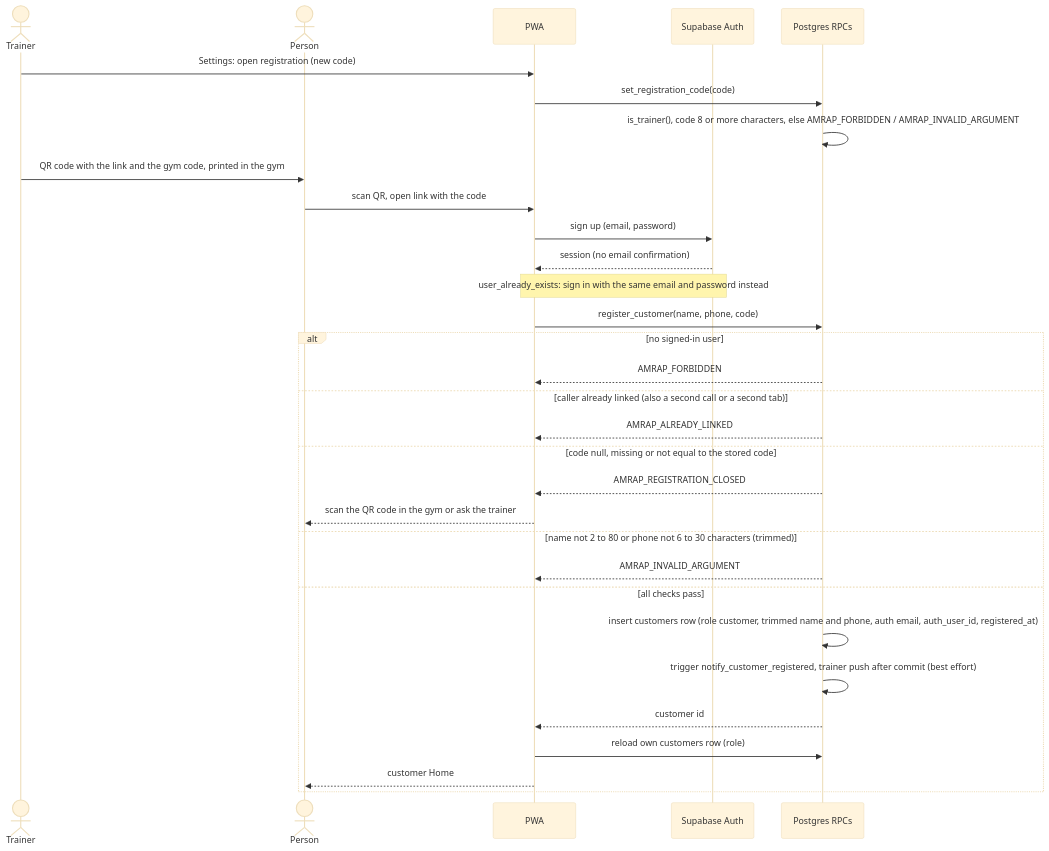
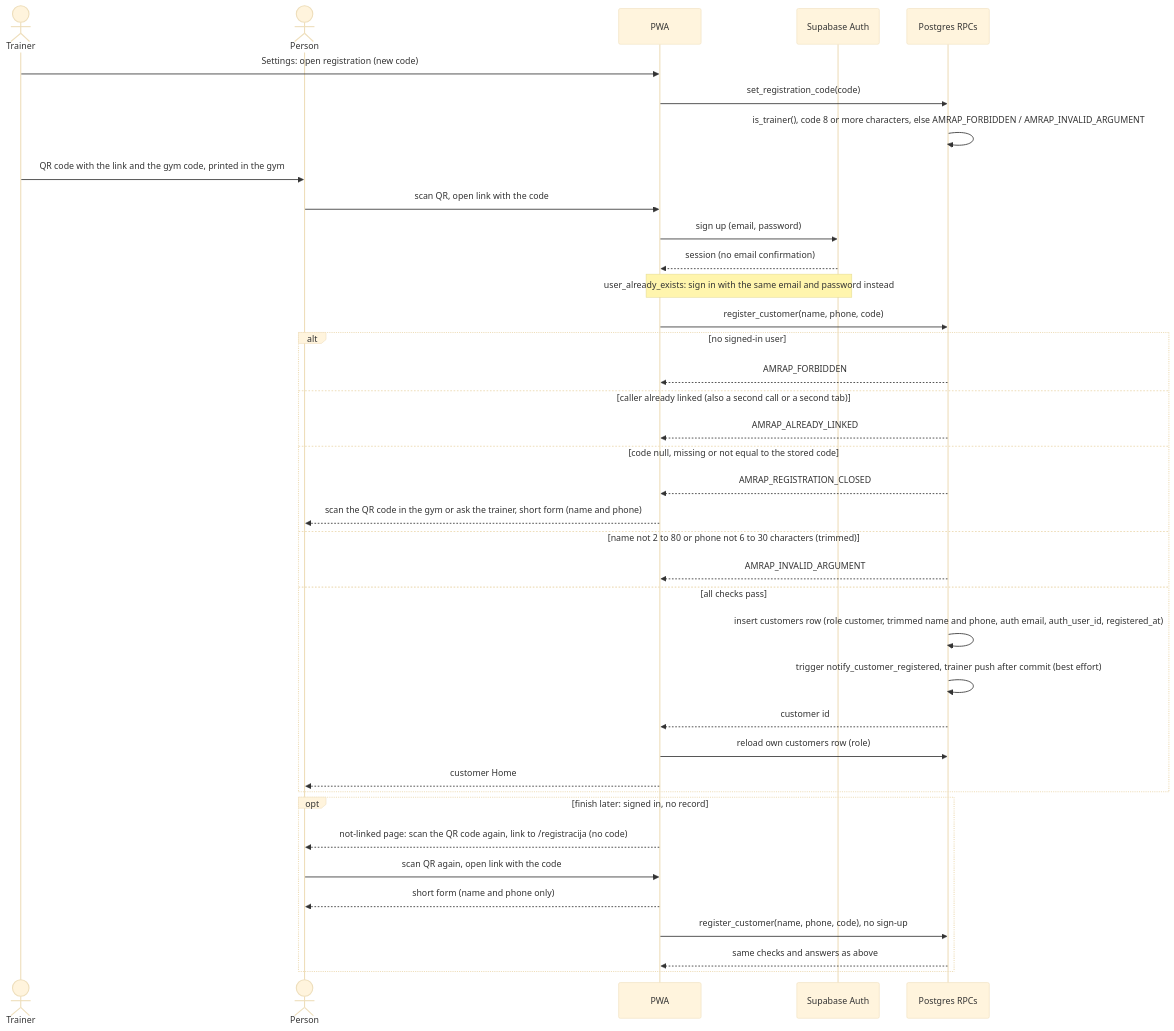
One commit to JasaGlazar/amrap changed the second of 2 diagrams in docs/architecture/auth-invite-flow.md. Above: the diagram before and after it, drawn with Mermaid (base theme). The commit also changed other lines of this file and 1 other file, not shown here.

First line of the commit message:
fix: show how a registration is finished and pin the form checks

````diff
--- a/docs/architecture/auth-invite-flow.md
+++ b/docs/architecture/auth-invite-flow.md
@@ -100,34 +108,41 @@
 ```mermaid
 sequenceDiagram
     actor T as Trainer
     actor P as Person
     participant App as PWA
     participant Auth as Supabase Auth
     participant DB as Postgres RPCs
 
     T->>App: Settings: open registration (new code)
     App->>DB: set_registration_code(code)
     DB->>DB: is_trainer(), code 8 or more characters, else AMRAP_FORBIDDEN / AMRAP_INVALID_ARGUMENT
     T->>P: QR code with the link and the gym code, printed in the gym
     P->>App: scan QR, open link with the code
     App->>Auth: sign up (email, password)
     Auth-->>App: session (no email confirmation)
     Note over App,Auth: user_already_exists: sign in with the same email and password instead
     App->>DB: register_customer(name, phone, code)
     alt no signed-in user
         DB-->>App: AMRAP_FORBIDDEN
     else caller already linked (also a second call or a second tab)
         DB-->>App: AMRAP_ALREADY_LINKED
     else code null, missing or not equal to the stored code
         DB-->>App: AMRAP_REGISTRATION_CLOSED
-        App-->>P: scan the QR code in the gym or ask the trainer
+        App-->>P: scan the QR code in the gym or ask the trainer, short form (name and phone)
     else name not 2 to 80 or phone not 6 to 30 characters (trimmed)
         DB-->>App: AMRAP_INVALID_ARGUMENT
     else all checks pass
         DB->>DB: insert customers row (role customer, trimmed name and phone, auth email, auth_user_id, registered_at)
         DB->>DB: trigger notify_customer_registered, trainer push after commit (best effort)
         DB-->>App: customer id
         App->>DB: reload own customers row (role)
         App-->>P: customer Home
     end
+    opt finish later: signed in, no record
+        App-->>P: not-linked page: scan the QR code again, link to /registracija (no code)
+        P->>App: scan QR again, open link with the code
+        App-->>P: short form (name and phone only)
+        App->>DB: register_customer(name, phone, code), no sign-up
+        DB-->>App: same checks and answers as above
+    end
 ```
````
